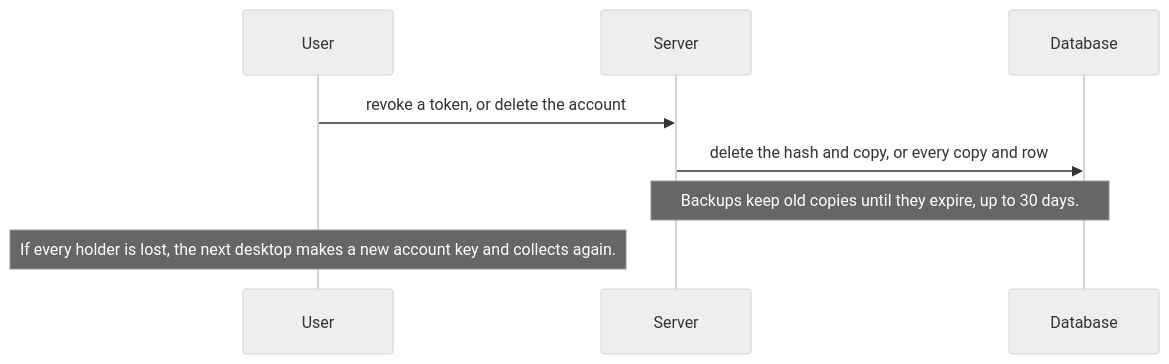
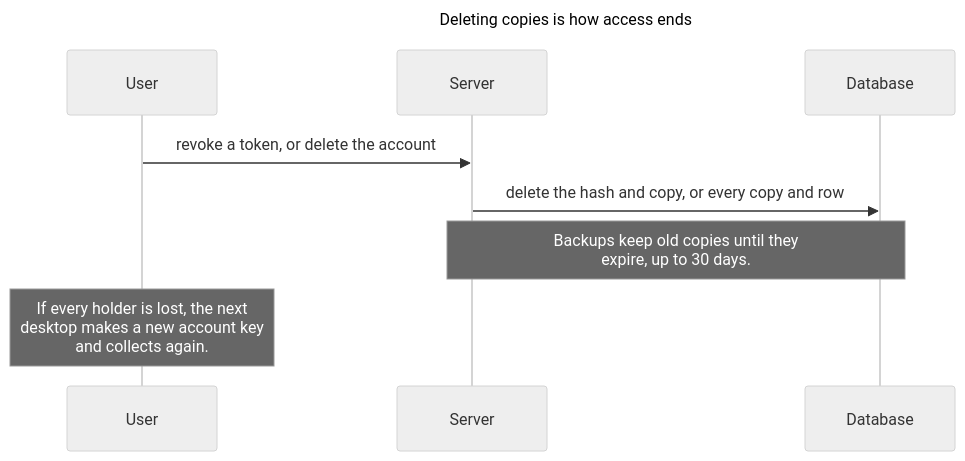
Before and after one commit to ajs-consult-llc/mirror-encryption-rfc: the diagram in diagrams/delete-4-parties.mmd, drawn with Mermaid (neutral theme). The commit also changed 23 other files, not shown here.

First line of the commit message:
Diagrams that read: titles, short lines, vertical layouts

```diff
--- a/diagrams/delete-4-parties.mmd
+++ b/diagrams/delete-4-parties.mmd
@@ -1,10 +1,13 @@
+---
+title: "Deleting copies is how access ends"
+---
 sequenceDiagram
   accTitle: Deleting copies is how access ends
   accDescr: Delete. The user revokes a token, or deletes the account. The server deletes that token's hash and copy, or every copy and row. Backups keep old copies until they expire, up to 30 days. If every holder is lost, the next desktop makes a new account key and collects again.
   participant U as User
   participant S as Server
   participant DB as Database
   U->>S: revoke a token, or delete the account
   S->>DB: delete the hash and copy, or every copy and row
-  Note over S,DB: Backups keep old copies until they expire, up to 30 days.
-  Note over U: If every holder is lost, the next desktop makes a new account key and collects again.
+  Note over S,DB: Backups keep old copies until they<br/>expire, up to 30 days.
+  Note over U: If every holder is lost, the next<br/>desktop makes a new account key<br/>and collects again.
```
